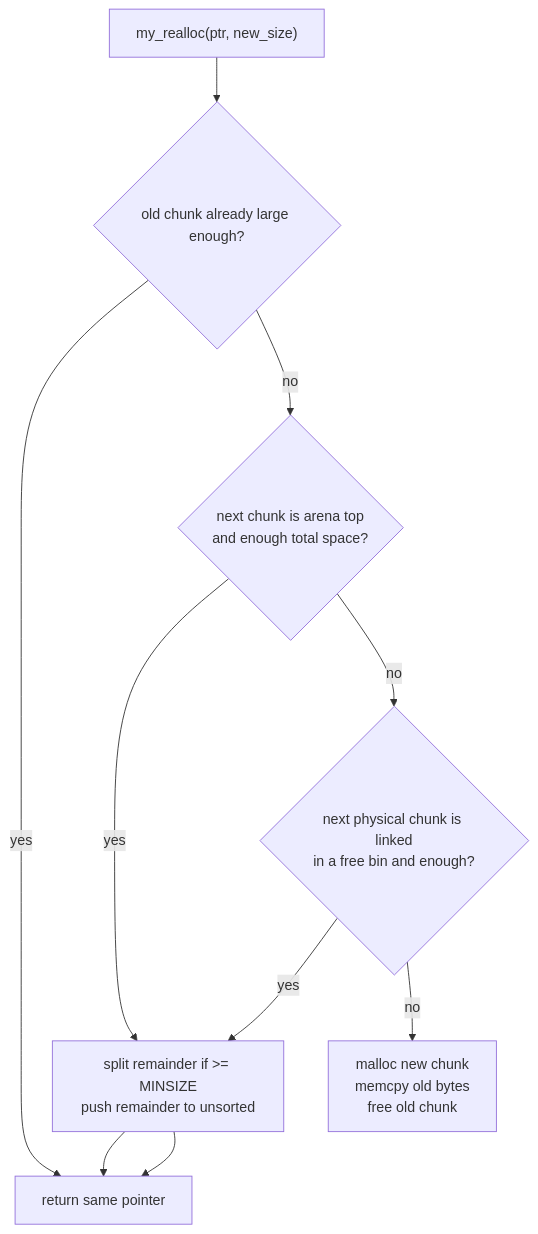
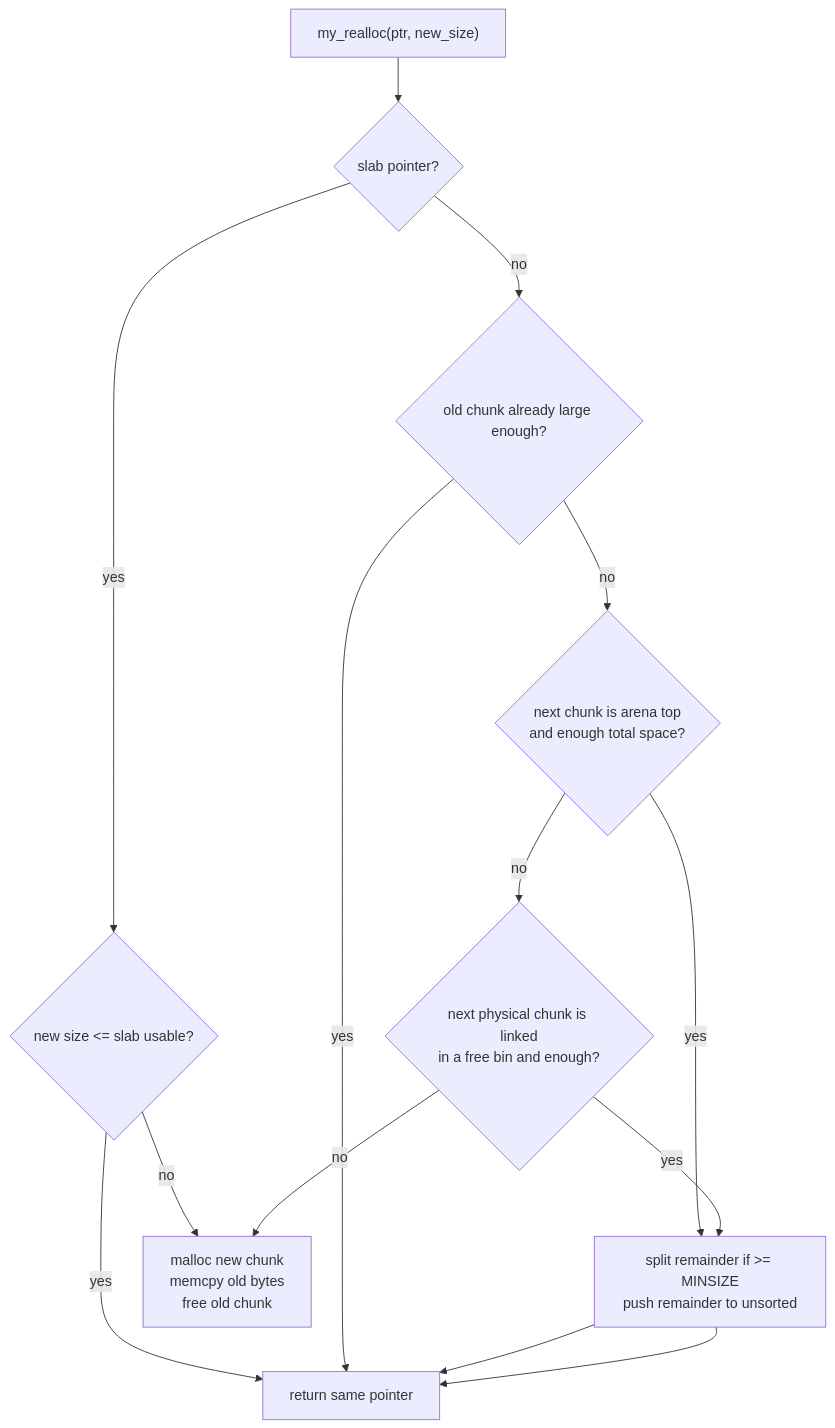
Before and after one commit to sdsasf/my_malloc: the ninth of 11 diagrams in docs/allocator_design.md, drawn with Mermaid. The commit also changed other lines of this file and 7 other files, not shown here.

````diff
--- a/docs/allocator_design.md
+++ b/docs/allocator_design.md
@@ -287,18 +362,24 @@
 ```mermaid
 flowchart TD
     Start["my_realloc(ptr, new_size)"]
+    Slab{"slab pointer?"}
+    SlabEnough{"new size <= slab usable?"}
     Same{"old chunk already large enough?"}
     Top{"next chunk is arena top<br/>and enough total space?"}
     NextFree{"next physical chunk is linked<br/>in a free bin and enough?"}
     Split["split remainder if >= MINSIZE<br/>push remainder to unsorted"]
     InPlace["return same pointer"]
     Fallback["malloc new chunk<br/>memcpy old bytes<br/>free old chunk"]
 
-    Start --> Same
+    Start --> Slab
+    Slab -- yes --> SlabEnough
+    SlabEnough -- yes --> InPlace
+    SlabEnough -- no --> Fallback
+    Slab -- no --> Same
     Same -- yes --> InPlace
     Same -- no --> Top
     Top -- yes --> Split --> InPlace
     Top -- no --> NextFree
     NextFree -- yes --> Split --> InPlace
     NextFree -- no --> Fallback
 ```
````
